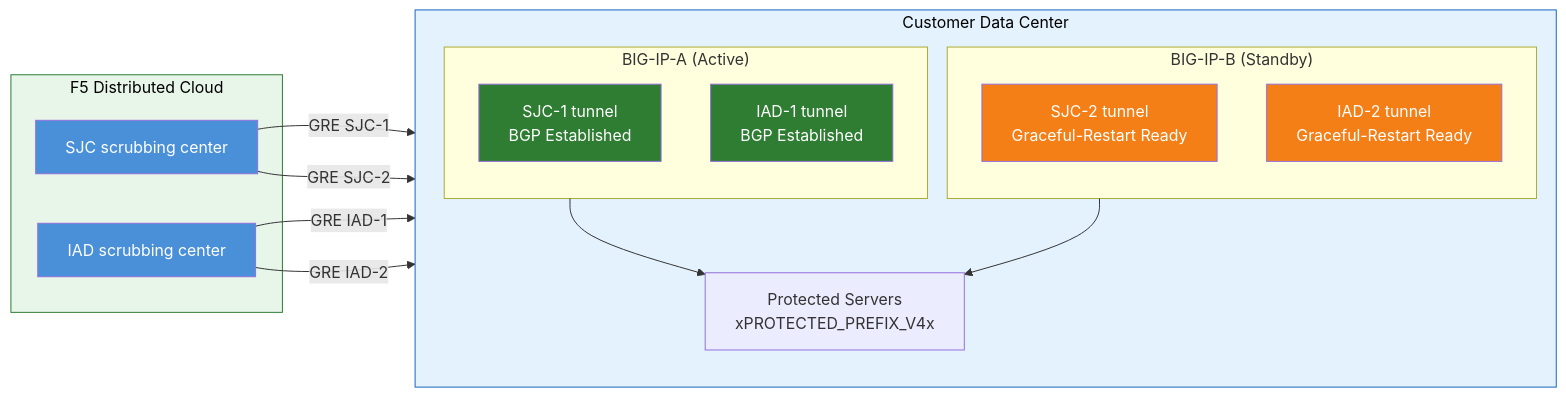
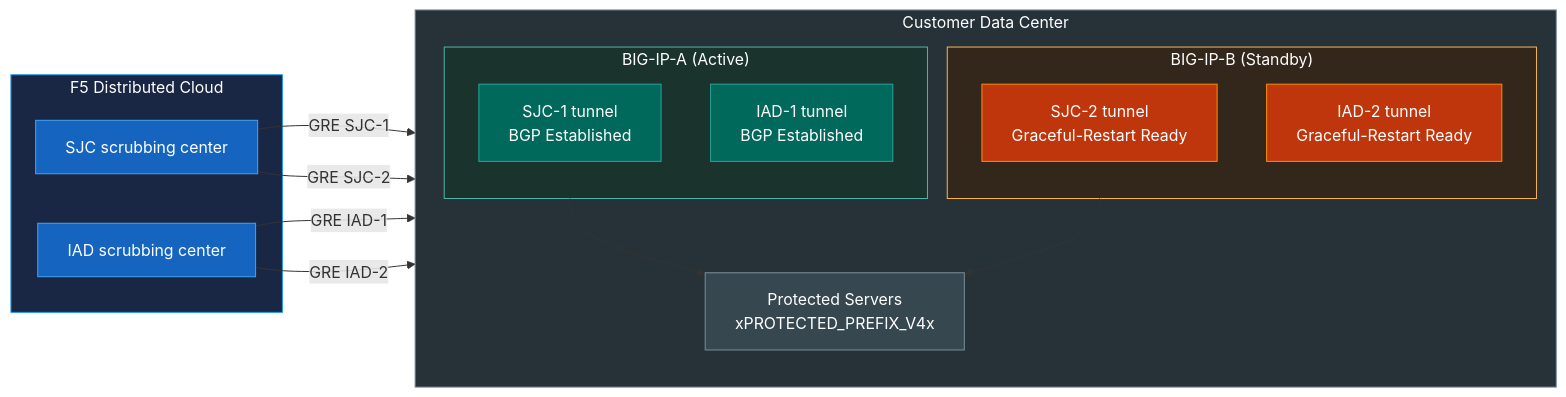
The fourth of 4 diagrams in docs/index.md (robinmordasiewicz/f5xc-bigip-ddos-gre), drawn with Mermaid before and after one commit. The commit also changed other lines of this file and 2 other files, not shown here.

First line of the commit message:
docs: improve diagram color scheme and add custom stylesheet

````diff
--- a/docs/index.md
+++ b/docs/index.md
@@ -931,36 +933,39 @@
 ```mermaid
 flowchart LR
     subgraph F5XC["F5 Distributed Cloud"]
         SJC["SJC scrubbing center"]
         IAD["IAD scrubbing center"]
     end
 
     subgraph DC["Customer Data Center"]
         direction TB
         subgraph UNITA["BIG-IP-A (Active)"]
             A_SJC["SJC-1 tunnel<br/>BGP Established"]
             A_IAD["IAD-1 tunnel<br/>BGP Established"]
         end
         subgraph UNITB["BIG-IP-B (Standby)"]
             B_SJC["SJC-2 tunnel<br/>Graceful-Restart Ready"]
             B_IAD["IAD-2 tunnel<br/>Graceful-Restart Ready"]
         end
         SERVERS["Protected Servers<br/>xPROTECTED_PREFIX_V4x"]
     end
 
     SJC -- "GRE SJC-1" --> A_SJC
     IAD -- "GRE IAD-1" --> A_IAD
     SJC -- "GRE SJC-2" --> B_SJC
     IAD -- "GRE IAD-2" --> B_IAD
     UNITA --> SERVERS
     UNITB --> SERVERS
 
-    style SJC fill:#4a90d9,color:#fff
-    style IAD fill:#4a90d9,color:#fff
-    style A_SJC fill:#2e7d32,color:#fff
-    style A_IAD fill:#2e7d32,color:#fff
-    style B_SJC fill:#f57f17,color:#fff
-    style B_IAD fill:#f57f17,color:#fff
-    style DC fill:#e3f2fd,stroke:#1565c0,color:#000
-    style F5XC fill:#e8f5e9,stroke:#2e7d32,color:#000
+    style SJC fill:#1565C0,color:#fff,stroke:#42A5F5
+    style IAD fill:#1565C0,color:#fff,stroke:#42A5F5
+    style A_SJC fill:#00695C,color:#fff,stroke:#26A69A
+    style A_IAD fill:#00695C,color:#fff,stroke:#26A69A
+    style B_SJC fill:#BF360C,color:#fff,stroke:#FF8F00
+    style B_IAD fill:#BF360C,color:#fff,stroke:#FF8F00
+    style SERVERS fill:#37474F,color:#fff,stroke:#78909C
+    style UNITA fill:#1A332D,stroke:#4DB6AC,color:#fff
+    style UNITB fill:#33261A,stroke:#FFB74D,color:#fff
+    style DC fill:#263238,stroke:#78909C,color:#fff
+    style F5XC fill:#1A2744,stroke:#2196F3,color:#fff
 ```
````
